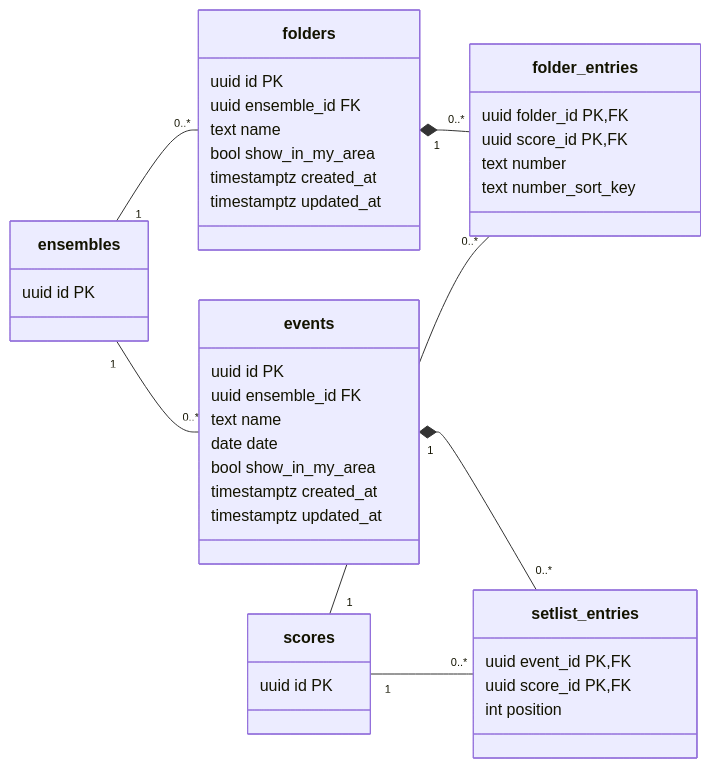
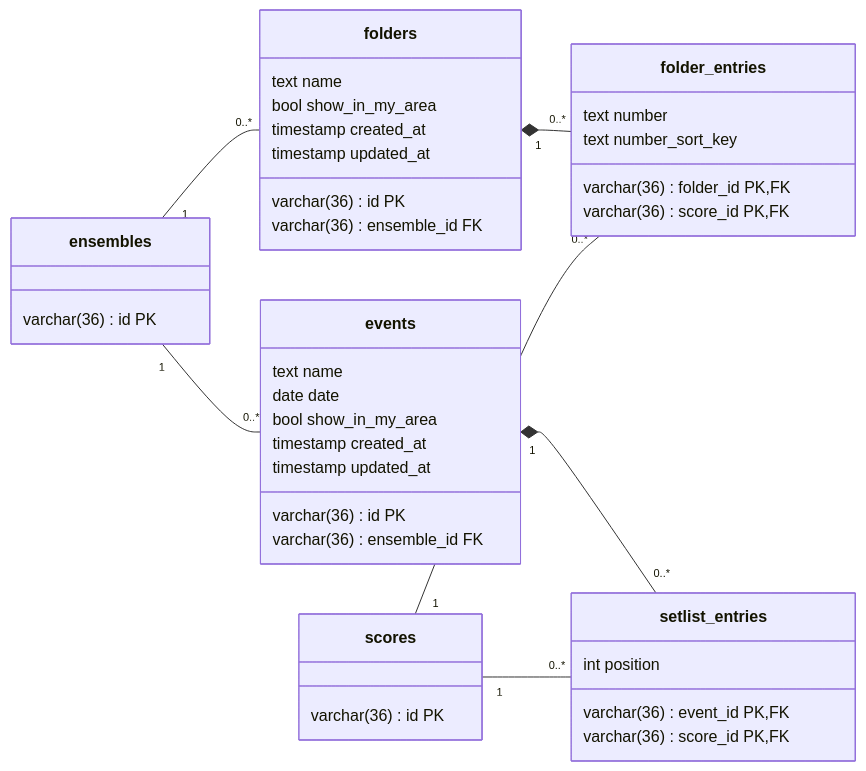
The third of 3 diagrams in docs/db-schema.md (MusikzugSN/VM-Next), drawn with Mermaid before and after one commit. The commit also changed other lines of this file and 81 other files, not shown here.

````diff
--- a/docs/db-schema.md
+++ b/docs/db-schema.md
@@ -255,50 +260,50 @@
 ```mermaid
 classDiagram
   direction LR
 
   class folders {
-    uuid id PK
-    uuid ensemble_id FK
+    varchar(36) id PK
+    varchar(36) ensemble_id FK
     text name
     bool show_in_my_area
-    timestamptz created_at
-    timestamptz updated_at
+    timestamp created_at
+    timestamp updated_at
   }
 
   class folder_entries {
-    uuid folder_id PK,FK
-    uuid score_id PK,FK
+    varchar(36) folder_id PK,FK
+    varchar(36) score_id PK,FK
     text number
     text number_sort_key
   }
 
   class events {
-    uuid id PK
-    uuid ensemble_id FK
+    varchar(36) id PK
+    varchar(36) ensemble_id FK
     text name
     date date
     bool show_in_my_area
-    timestamptz created_at
-    timestamptz updated_at
+    timestamp created_at
+    timestamp updated_at
   }
 
   class setlist_entries {
-    uuid event_id PK,FK
-    uuid score_id PK,FK
+    varchar(36) event_id PK,FK
+    varchar(36) score_id PK,FK
     int position
   }
 
   class ensembles {
-    uuid id PK
+    varchar(36) id PK
   }
   class scores {
-    uuid id PK
+    varchar(36) id PK
   }
 
   ensembles "1" -- "0..*" folders
   ensembles "1" -- "0..*" events
   folders "1" *-- "0..*" folder_entries
   scores "1" -- "0..*" folder_entries
   events "1" *-- "0..*" setlist_entries
   scores "1" -- "0..*" setlist_entries
 ```
````
